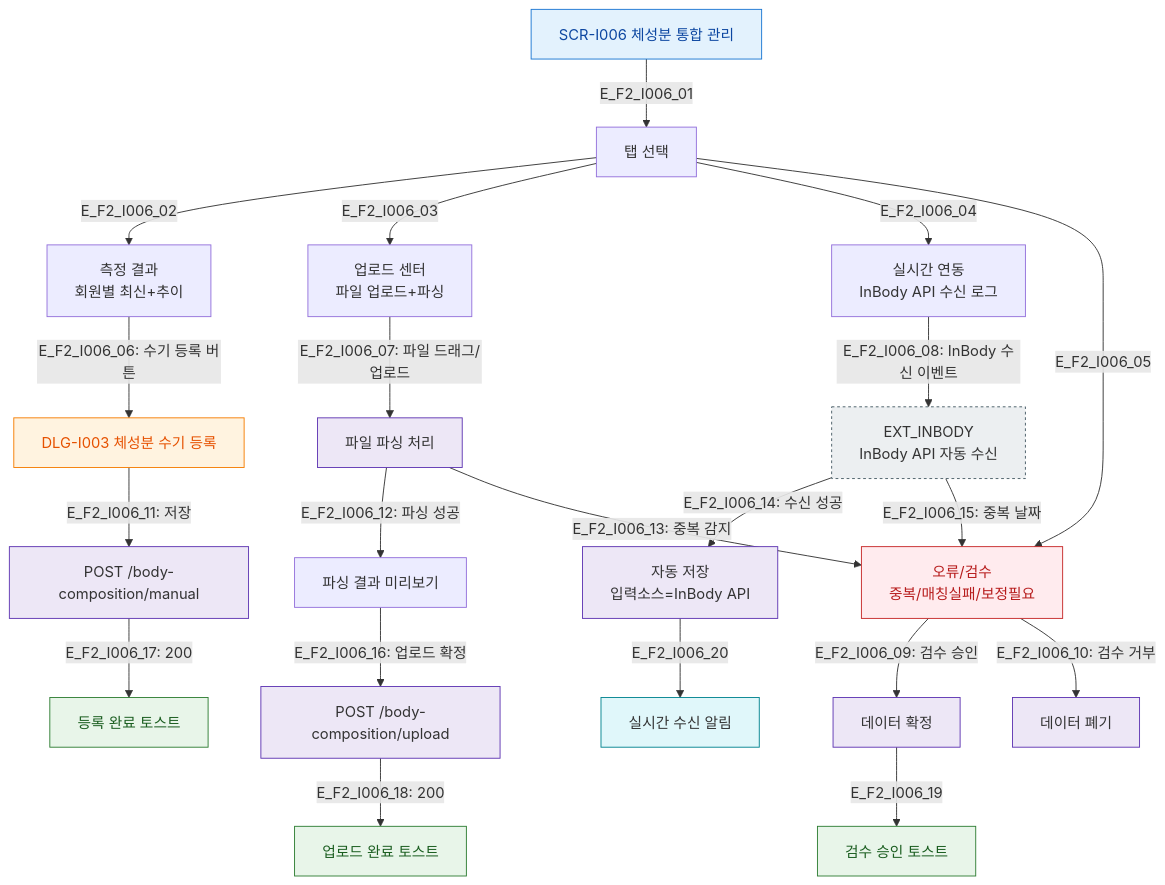
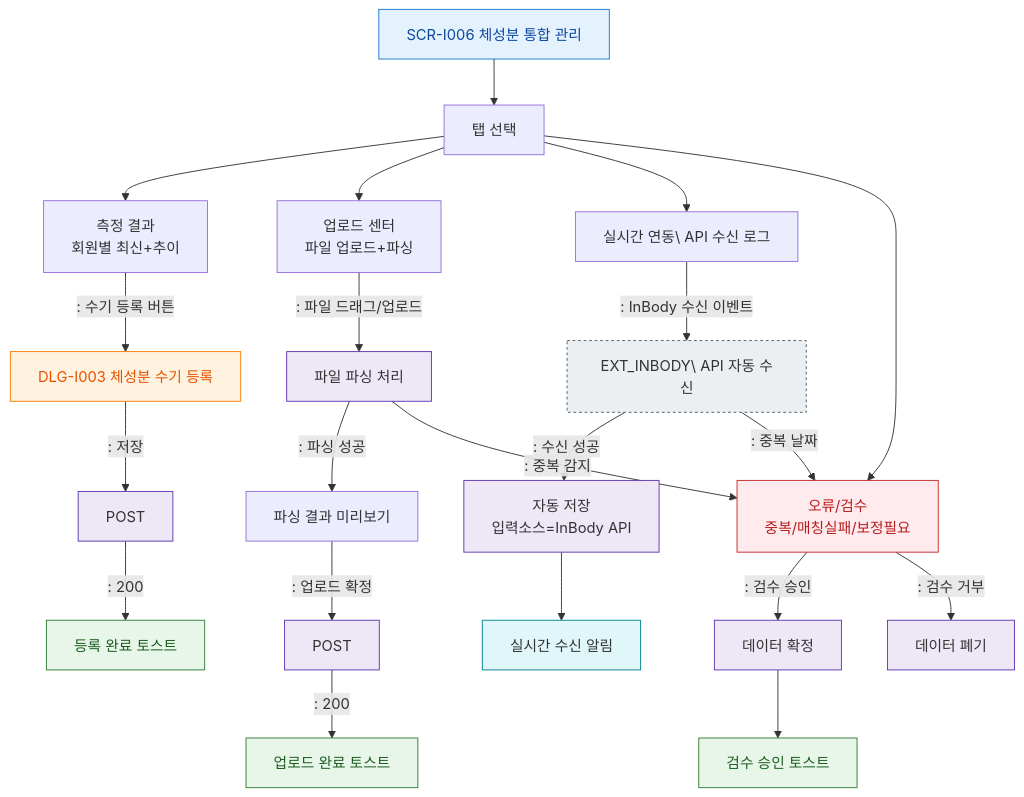
One commit to dev-spogym/admin-pando changed the diagram in docs/다이어그램/D11_통합운영/SCR-I006_체성분통합관리/F2_메인.md. Above: the diagram before and after it, drawn with Mermaid. The commit also changed other lines of this file and 1660 other files, not shown here.

First line of the commit message:
다이어그램: 기획자/클라이언트 납품본으로 정리

````diff
--- a/docs/다이어그램/D11_통합운영/SCR-I006_체성분통합관리/F2_메인.md
+++ b/docs/다이어그램/D11_통합운영/SCR-I006_체성분통합관리/F2_메인.md
@@ -19,42 +17,42 @@
 ```mermaid
 flowchart TD
-    SCR_I006[SCR-I006 체성분 통합 관리] -->|E_F2_I006_01| TAB[탭 선택]
+    SCR_I006[SCR-I006 체성분 통합 관리] --> TAB[탭 선택]
 
-    TAB -->|E_F2_I006_02| TAB_RESULT[측정 결과\n회원별 최신+추이]
-    TAB -->|E_F2_I006_03| TAB_UPLOAD[업로드 센터\n파일 업로드+파싱]
-    TAB -->|E_F2_I006_04| TAB_REALTIME[실시간 연동\nInBody API 수신 로그]
-    TAB -->|E_F2_I006_05| TAB_ERROR[오류/검수\n중복/매칭실패/보정필요]
+    TAB --> TAB_RESULT[측정 결과\n회원별 최신+추이]
+    TAB --> TAB_UPLOAD[업로드 센터\n파일 업로드+파싱]
+    TAB --> TAB_REALTIME[실시간 연동\ API 수신 로그]
+    TAB --> TAB_ERROR[오류/검수\n중복/매칭실패/보정필요]
 
-    TAB_RESULT -->|"E_F2_I006_06: 수기 등록 버튼"| DLG_I003[DLG-I003 체성분 수기 등록]
-    TAB_UPLOAD -->|"E_F2_I006_07: 파일 드래그/업로드"| UPLOAD_PROC[파일 파싱 처리]
-    TAB_REALTIME -->|"E_F2_I006_08: InBody 수신 이벤트"| EXT_INBODY[EXT_INBODY\nInBody API 자동 수신]
-    TAB_ERROR -->|"E_F2_I006_09: 검수 승인"| APPROVE[데이터 확정]
-    TAB_ERROR -->|"E_F2_I006_10: 검수 거부"| REJECT[데이터 폐기]
+    TAB_RESULT -->|": 수기 등록 버튼"|DLG_I003[DLG-I003 체성분 수기 등록]
+    TAB_UPLOAD -->|": 파일 드래그/업로드"|UPLOAD_PROC[파일 파싱 처리]
+    TAB_REALTIME -->|": InBody 수신 이벤트"|EXT_INBODY[EXT_INBODY\ API 자동 수신]
+    TAB_ERROR -->|": 검수 승인"|APPROVE[데이터 확정]
+    TAB_ERROR -->|": 검수 거부"|REJECT[데이터 폐기]
 
-    DLG_I003 -->|"E_F2_I006_11: 저장"| API_MANUAL[POST /body-composition/manual]
-    UPLOAD_PROC -->|"E_F2_I006_12: 파싱 성공"| PARSE_OK[파싱 결과 미리보기]
-    UPLOAD_PROC -->|"E_F2_I006_13: 중복 감지"| TAB_ERROR
-    EXT_INBODY -->|"E_F2_I006_14: 수신 성공"| AUTO_SAVE[자동 저장\n입력소스=InBody API]
-    EXT_INBODY -->|"E_F2_I006_15: 중복 날짜"| TAB_ERROR
-    PARSE_OK -->|"E_F2_I006_16: 업로드 확정"| API_UPLOAD[POST /body-composition/upload]
+    DLG_I003 -->|": 저장"|API_MANUAL[POST]
+    UPLOAD_PROC -->|": 파싱 성공"|PARSE_OK[파싱 결과 미리보기]
+    UPLOAD_PROC -->|": 중복 감지"|TAB_ERROR
+    EXT_INBODY -->|": 수신 성공"|AUTO_SAVE[자동 저장\n입력소스=InBody API]
+    EXT_INBODY -->|": 중복 날짜"|TAB_ERROR
+    PARSE_OK -->|": 업로드 확정"|API_UPLOAD[POST]
 
-    API_MANUAL -->|"E_F2_I006_17: 200"| T_OK[등록 완료 토스트]
-    API_UPLOAD -->|"E_F2_I006_18: 200"| T_OK2[업로드 완료 토스트]
-    APPROVE -->|E_F2_I006_19| T_OK3[검수 승인 토스트]
-    AUTO_SAVE -->|E_F2_I006_20| T_INFO[실시간 수신 알림]
+    API_MANUAL -->|": 200"|T_OK[등록 완료 토스트]
+    API_UPLOAD -->|": 200"|T_OK2[업로드 완료 토스트]
+    APPROVE --> T_OK3[검수 승인 토스트]
+    AUTO_SAVE --> T_INFO[실시간 수신 알림]
 
-    classDef screen       fill:#E3F2FD,stroke:#1976D2,color:#0D47A1
-    classDef modal        fill:#FFF3E0,stroke:#F57C00,color:#E65100
-    classDef external     fill:#ECEFF1,stroke:#455A64,stroke-dasharray:3 3
-    classDef system       fill:#EDE7F6,stroke:#5E35B2
-    classDef error        fill:#FFEBEE,stroke:#C62828,color:#B71C1C
-    classDef success      fill:#E8F5E9,stroke:#2E7D32,color:#1B5E20
-    classDef info         fill:#E0F7FA,stroke:#00838F
+    classDef screen fill:#E3F2FD,stroke:#1976D2,color:#0D47A1
+    classDef modal fill:#FFF3E0,stroke:#F57C00,color:#E65100
+    classDef external fill:#ECEFF1,stroke:#455A64,stroke-dasharray:3 3
+    classDef system fill:#EDE7F6,stroke:#5E35B2
+    classDef error fill:#FFEBEE,stroke:#C62828,color:#B71C1C
+    classDef success fill:#E8F5E9,stroke:#2E7D32,color:#1B5E20
+    classDef info fill:#E0F7FA,stroke:#00838F
     class SCR_I006 screen
     class DLG_I003 modal
     class EXT_INBODY external
     class API_MANUAL,API_UPLOAD,UPLOAD_PROC,APPROVE,REJECT,AUTO_SAVE system
     class T_OK,T_OK2,T_OK3 success
     class T_INFO info
     class TAB_ERROR error
 ```
````
